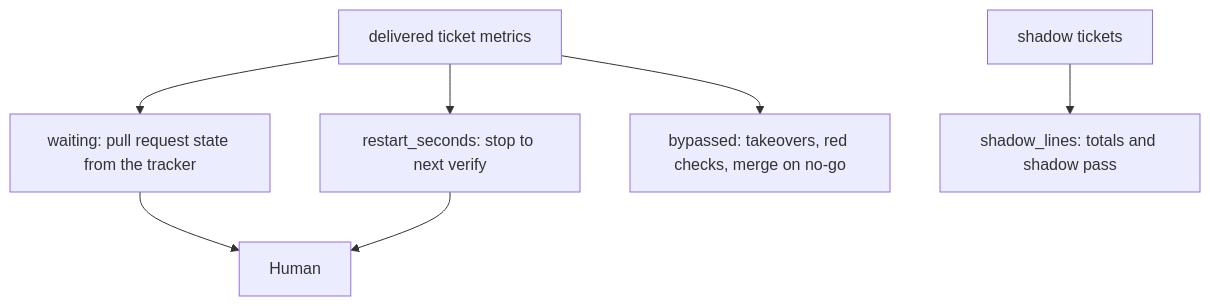
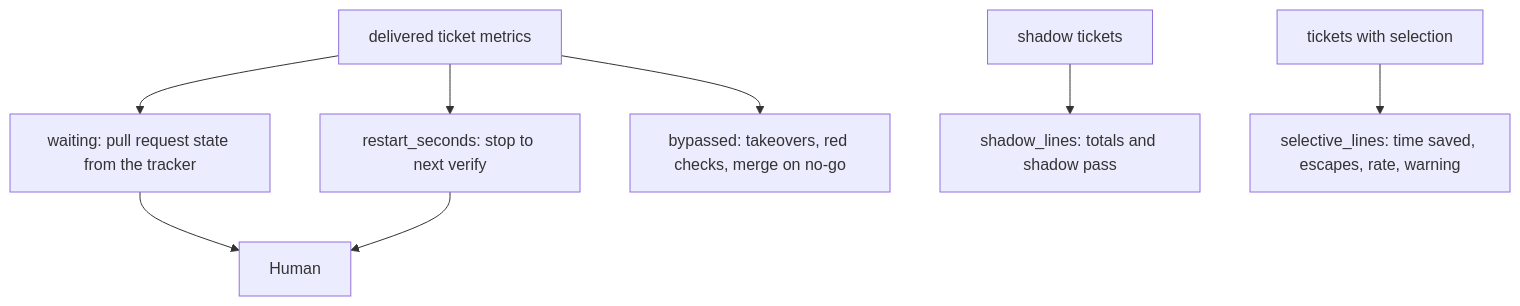
Before and after one commit to plaplanche/ariane: the first of 3 diagrams in docs/architecture/modules/measures.md, drawn with Mermaid. The commit also changed other lines of this file and 41 other files, not shown here.

Commit message:
#186: Sampled full replay, escapes and escape rate in ariane report (C9, C19)

````diff
--- a/docs/architecture/modules/measures.md
+++ b/docs/architecture/modules/measures.md
@@ -33,9 +36,10 @@
 ```mermaid
 flowchart TD
 A[delivered ticket metrics] --> B[waiting: pull request state from the tracker]
   A --> C[restart_seconds: stop to next verify]
   B --> D[Human]
   C --> D
   A --> E[bypassed: takeovers, red checks, merge on no-go]
   S[shadow tickets] --> F[shadow_lines: totals and shadow pass]
+  R[tickets with selection] --> G[selective_lines: time saved, escapes, rate, warning]
 ```
````
